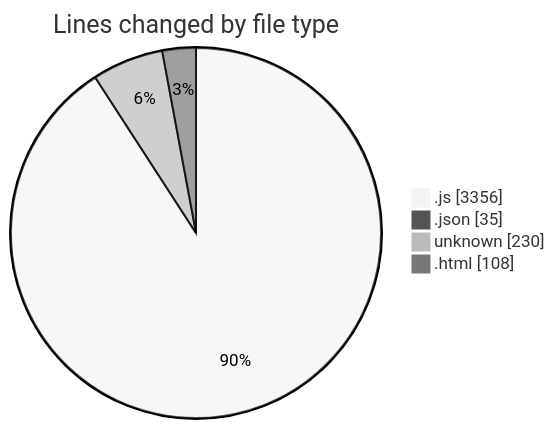
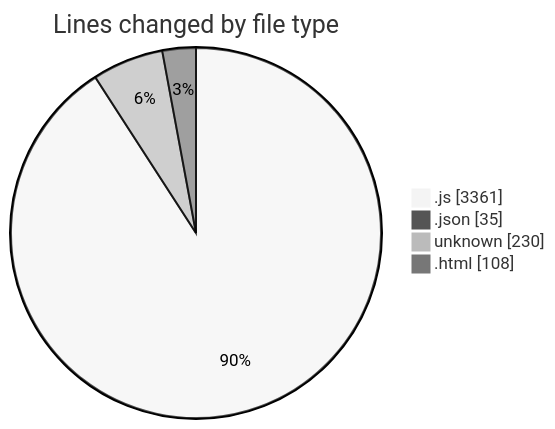
One commit to becaeroporto-bot/code-tracking changed the first of 2 diagrams in 2026-02-20/bot_i_a/README.md. Above: the diagram before and after it, drawn with Mermaid (neutral theme). The commit also changed other lines of this file and 1 other file, not shown here.

````diff
--- a/2026-02-20/bot_i_a/README.md
+++ b/2026-02-20/bot_i_a/README.md
@@ -44,8 +44,8 @@
 ```mermaid
 pie showData
 title Lines changed by file type
-".js" : 3356
+".js" : 3361
 ".json" : 35
 "unknown" : 230
 ".html" : 108
 ```
````
